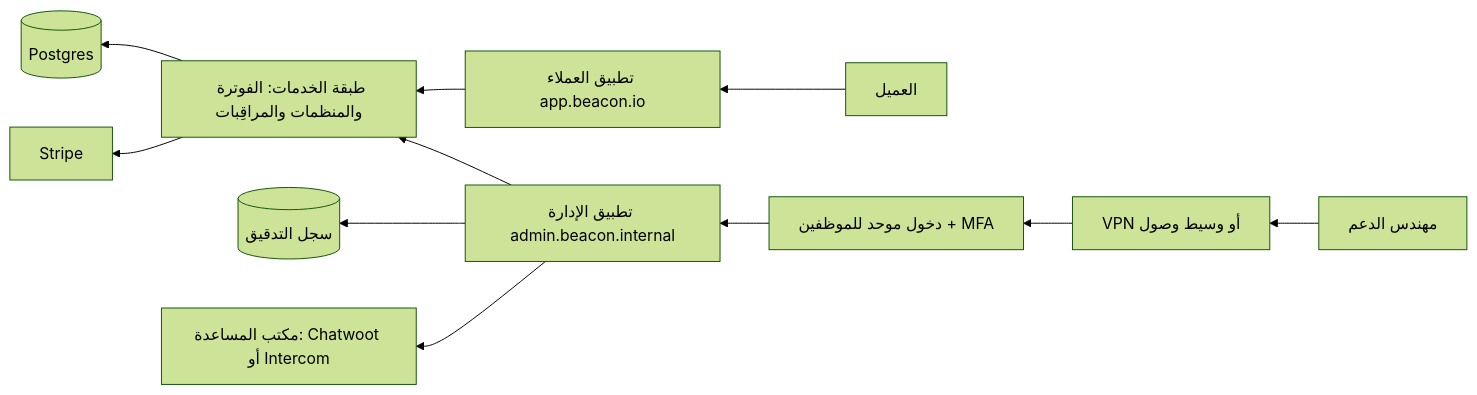
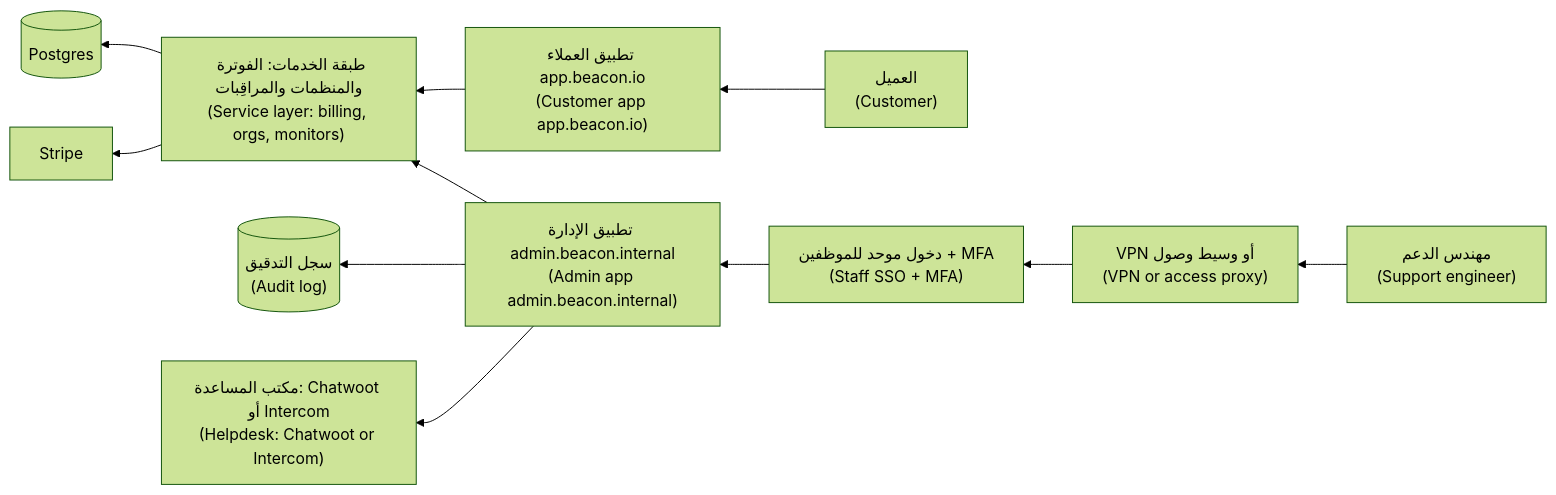
The first of 7 diagrams in saas/modules/07-operations.ar.md (Tamoura/system-design-for-vibe-coders), drawn with Mermaid (forest theme) before and after one commit. The commit also changed other lines of this file and 62 other files, not shown here.

First line of the commit message:
Arabic editions: English on every diagram label, RTL fixes, rebuild

````diff
--- a/saas/modules/07-operations.ar.md
+++ b/saas/modules/07-operations.ar.md
@@ -52,13 +52,13 @@
 ```mermaid
 flowchart RL
-  Staff["مهندس الدعم"] --> Proxy["VPN أو وسيط وصول"]
-  Proxy --> IdP["دخول موحد للموظفين + MFA"]
-  IdP --> Admin["تطبيق الإدارة admin.beacon.internal"]
-  Admin --> Svc["طبقة الخدمات: الفوترة والمنظمات والمراقِبات"]
-  Customer["العميل"] --> App["تطبيق العملاء app.beacon.io"]
+  Staff["مهندس الدعم<br/>(Support engineer)"] --> Proxy["VPN أو وسيط وصول<br/>(VPN or access proxy)"]
+  Proxy --> IdP["دخول موحد للموظفين + MFA<br/>(Staff SSO + MFA)"]
+  IdP --> Admin["تطبيق الإدارة admin.beacon.internal<br/>(Admin app admin.beacon.internal)"]
+  Admin --> Svc["طبقة الخدمات: الفوترة والمنظمات والمراقِبات<br/>(Service layer: billing, orgs, monitors)"]
+  Customer["العميل<br/>(Customer)"] --> App["تطبيق العملاء app.beacon.io<br/>(Customer app app.beacon.io)"]
   App --> Svc
   Svc --> DB[("Postgres")]
   Svc --> Stripe["Stripe"]
-  Admin --> Audit[("سجل التدقيق")]
-  Admin --> Helpdesk["مكتب المساعدة: Chatwoot أو Intercom"]
+  Admin --> Audit[("سجل التدقيق<br/>(Audit log)")]
+  Admin --> Helpdesk["مكتب المساعدة: Chatwoot أو Intercom<br/>(Helpdesk: Chatwoot or Intercom)"]
 ```
````
